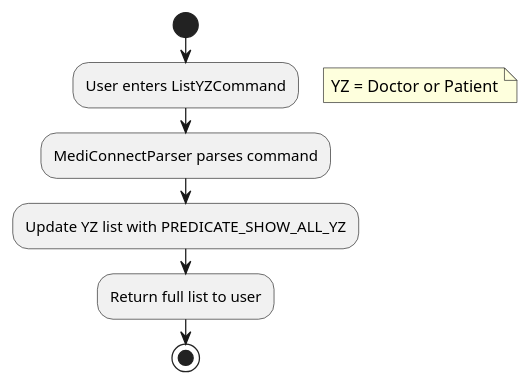
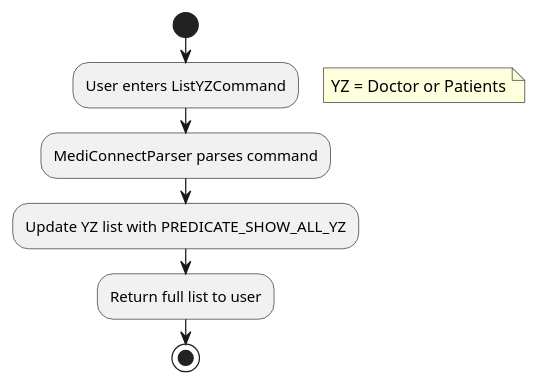
The diagram in docs/diagrams/commands/ListCommandActivityDiagram.puml (yanghengtang/tp), drawn with PlantUML before and after one commit. The commit also changed 1 other file, not shown here.

Commit message:
Update ListCommandActivityDiagram

```diff
--- a/docs/diagrams/commands/ListCommandActivityDiagram.puml
+++ b/docs/diagrams/commands/ListCommandActivityDiagram.puml
@@ -1,11 +1,11 @@
 @startuml
 start
 :User enters ListYZCommand;
 floating note right
-    YZ = Doctor or Patient
+    YZ = Doctor or Patients
 endnote
 :MediConnectParser parses command;
 :Update YZ list with PREDICATE_SHOW_ALL_YZ;
 :Return full list to user;
 stop
 @enduml
```
